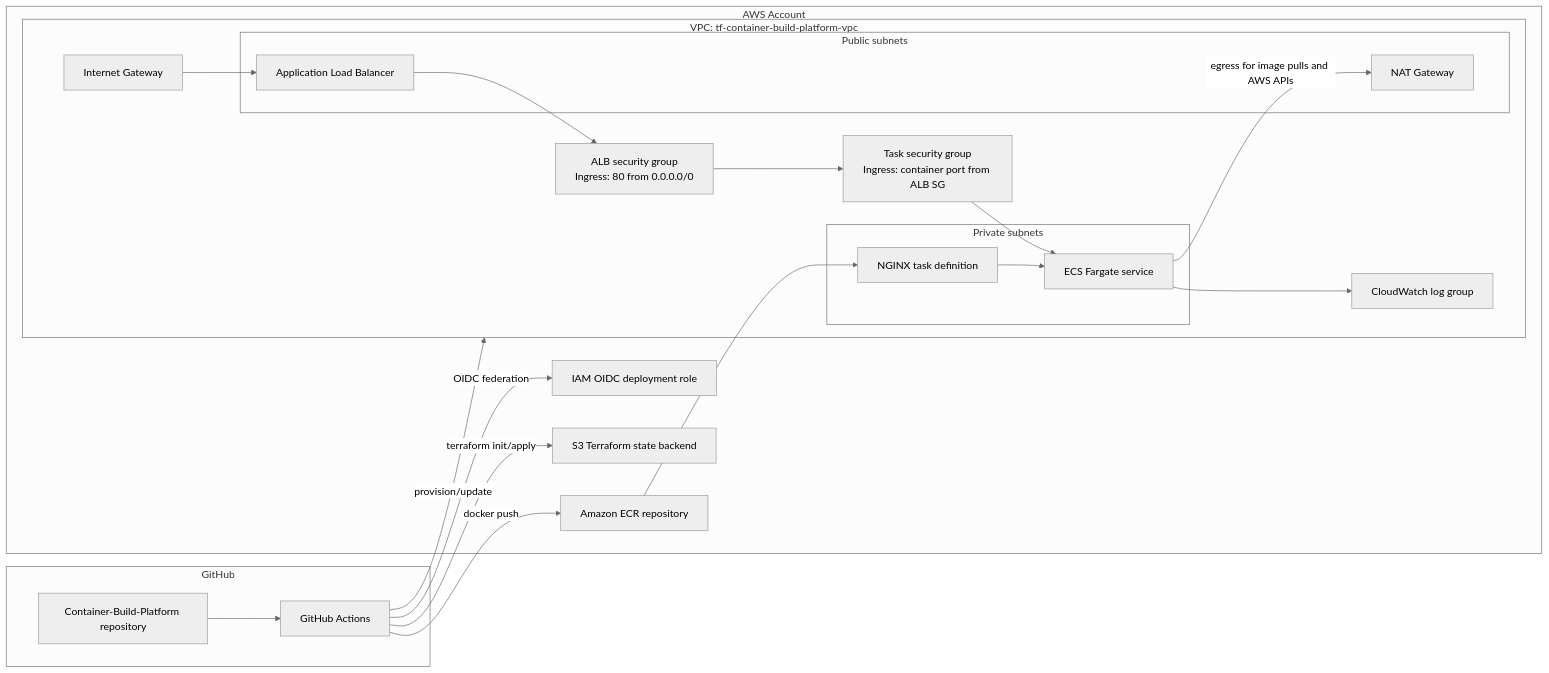
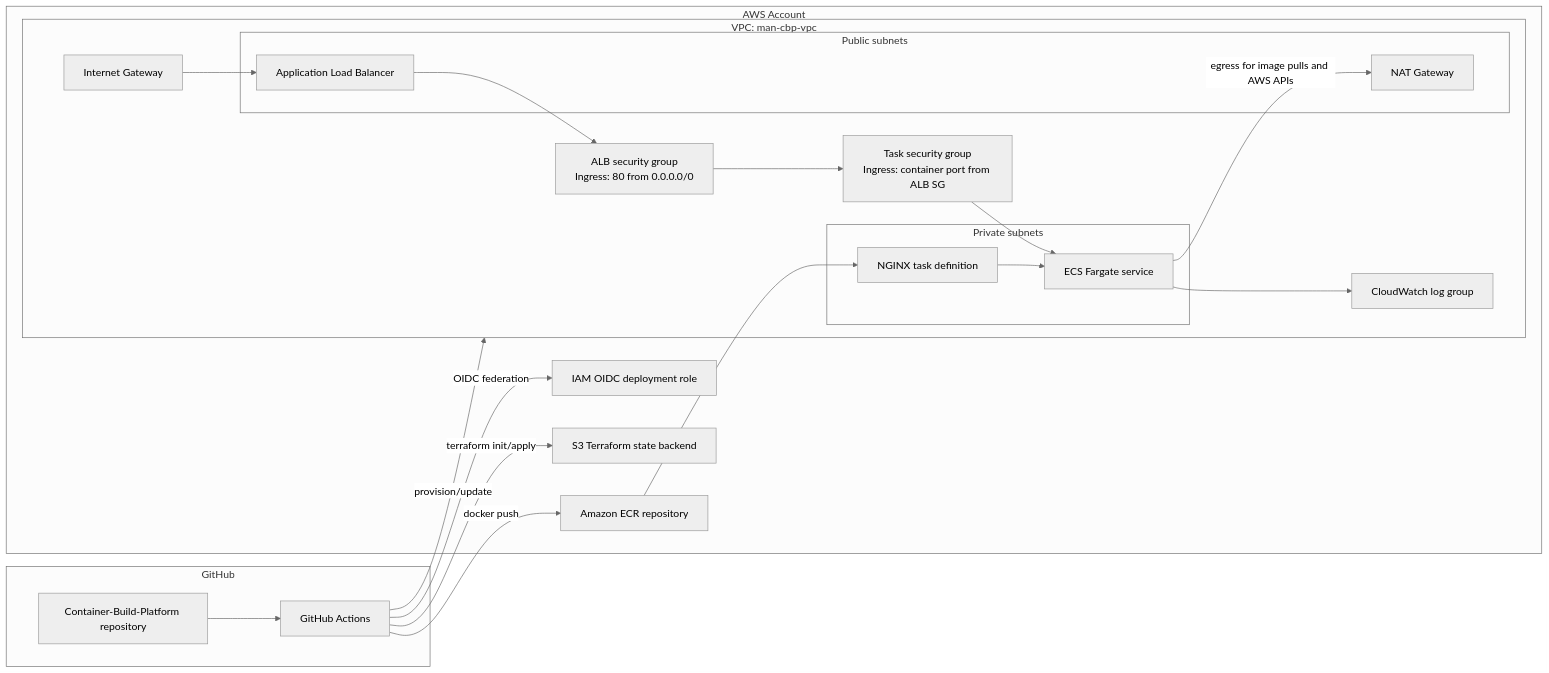
One commit to danielblakeman10/Container-Build-Platform changed the second of 4 diagrams in README.md. Above: the diagram before and after it, drawn with Mermaid (neutral theme). The commit also changed other lines of this file and 9 other files, not shown here.

Commit message:
Align Terraform with man-cbp demo stack

````diff
--- a/README.md
+++ b/README.md
@@ -77,45 +77,45 @@
 ```mermaid
 flowchart LR
     subgraph GitHub["GitHub"]
         Repo[Container-Build-Platform repository]
         Actions[GitHub Actions]
     end
 
     subgraph AWS["AWS Account"]
         IAMRole[IAM OIDC deployment role]
         S3[S3 Terraform state backend]
         ECR[Amazon ECR repository]
 
-        subgraph VPC["VPC: tf-container-build-platform-vpc"]
+        subgraph VPC["VPC: man-cbp-vpc"]
             IGW[Internet Gateway]
 
             subgraph Public["Public subnets"]
                 ALB[Application Load Balancer]
                 NAT[NAT Gateway]
             end
 
             subgraph Private["Private subnets"]
                 ECS[ECS Fargate service]
                 Task[NGINX task definition]
             end
 
             ALBSG[ALB security group<br/>Ingress: 80 from 0.0.0.0/0]
             TaskSG[Task security group<br/>Ingress: container port from ALB SG]
             Logs[CloudWatch log group]
         end
     end
 
     Repo --> Actions
     Actions -->|OIDC federation| IAMRole
     Actions -->|docker push| ECR
     Actions -->|terraform init/apply| S3
     Actions -->|provision/update| VPC
     IGW --> ALB
     ALB --> ALBSG
     ALBSG --> TaskSG
     TaskSG --> ECS
     ECR --> Task
     Task --> ECS
     ECS --> Logs
     ECS -->|egress for image pulls and AWS APIs| NAT
 ```
````
